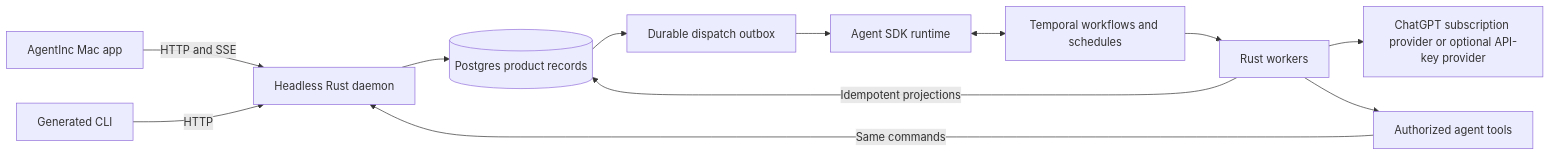
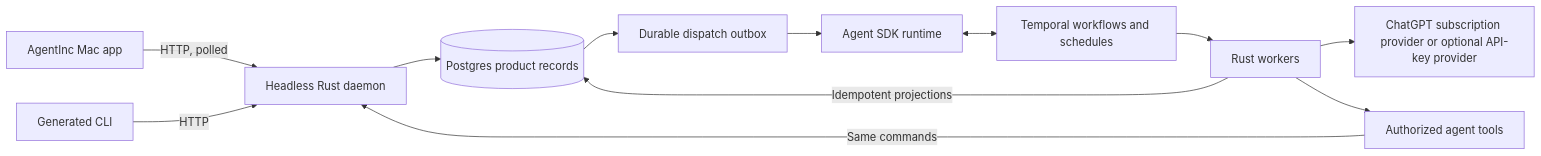
One commit to 0x63616c/agentinc changed the diagram in docs/architecture.md. Above: the diagram before and after it, drawn with Mermaid. The commit also changed other lines of this file and 8 other files, not shown here.

````diff
--- a/docs/architecture.md
+++ b/docs/architecture.md
@@ -15,14 +15,14 @@
 ```mermaid
 flowchart LR
-  Mac[AgentInc Mac app] -->|HTTP and SSE| API[Headless Rust daemon]
+  Mac[AgentInc Mac app] -->|HTTP, polled| API[Headless Rust daemon]
   CLI[Generated CLI] -->|HTTP| API
   Tools[Authorized agent tools] -->|Same commands| API
   API --> PG[(Postgres product records)]
   PG --> Outbox[Durable dispatch outbox]
   Outbox --> SDK[Agent SDK runtime]
   SDK <--> Temporal[Temporal workflows and schedules]
   Temporal --> Worker[Rust workers]
   Worker --> Provider[ChatGPT subscription provider or optional API-key provider]
   Worker -->|Idempotent projections| PG
   Worker --> Tools
 ```
````
